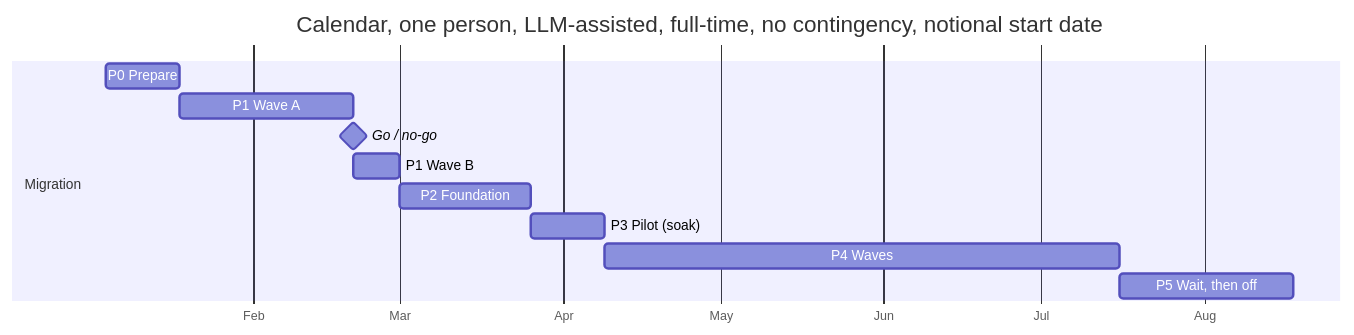
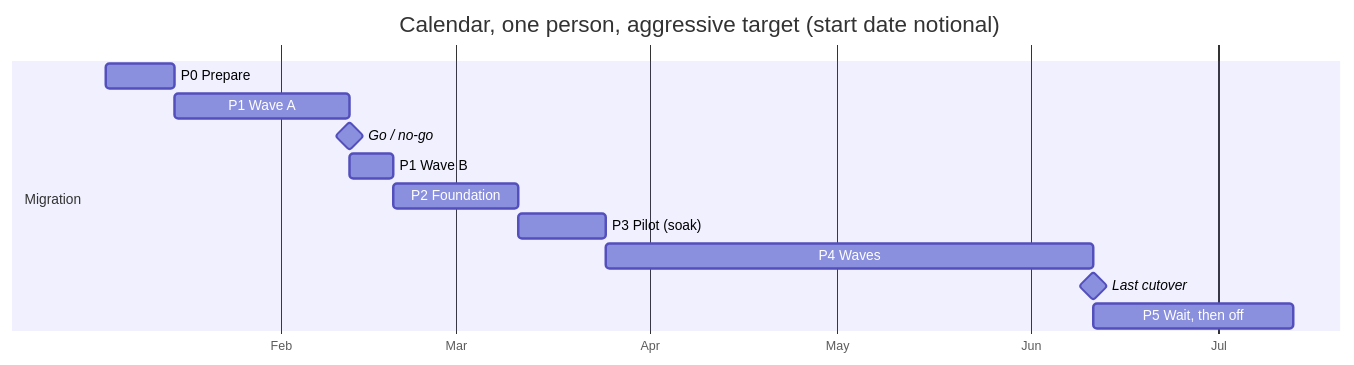
Diagram 13 of 13 in docs/2-migration-plan.md (infroid/temporal-vs-dagster), drawn with Mermaid before and after one commit. The commit also changed other lines of this file and 2 other files, not shown here.

First line of the commit message:
Aggressive target timeline and POC phase at a glance

````diff
--- a/docs/2-migration-plan.md
+++ b/docs/2-migration-plan.md
@@ -983,15 +1055,16 @@
 ```mermaid
 gantt
-  title Calendar, one person, LLM-assisted, full-time, no contingency, notional start date
+  title Calendar, one person, aggressive target (start date notional)
   dateFormat YYYY-MM-DD
   axisFormat %b
   section Migration
-  P0 Prepare           :a0, 2027-01-04, 14d
-  P1 Wave A            :a1, after a0, 33d
+  P0 Prepare           :a0, 2027-01-04, 11d
+  P1 Wave A            :a1, after a0, 28d
   Go / no-go           :milestone, ma, after a1, 0d
-  P1 Wave B            :a2, after a1, 9d
-  P2 Foundation        :a3, after a2, 25d
+  P1 Wave B            :a2, after a1, 7d
+  P2 Foundation        :a3, after a2, 20d
   P3 Pilot (soak)      :a4, after a3, 14d
-  P4 Waves             :a5, after a4, 98d
-  P5 Wait, then off    :a6, after a5, 33d
+  P4 Waves             :a5, after a4, 78d
+  Last cutover         :milestone, mc, after a5, 0d
+  P5 Wait, then off    :a6, after a5, 32d
 ```
````
